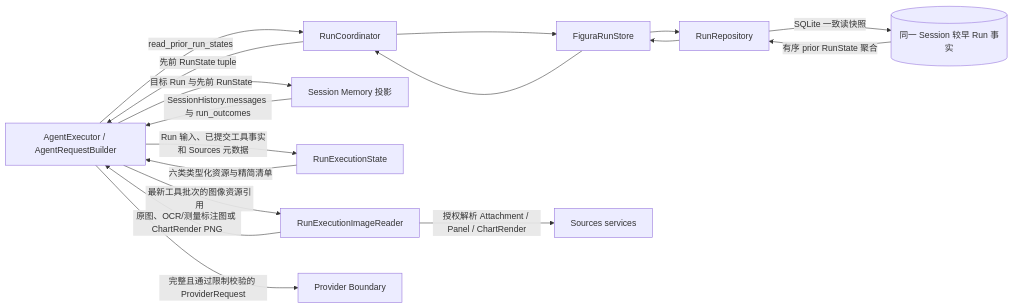
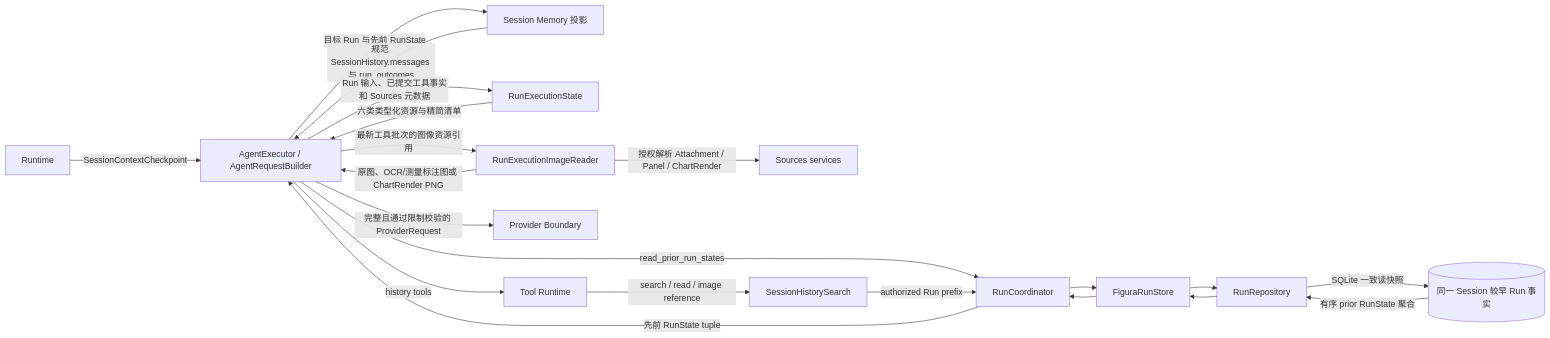
One commit to YeZibn/Figura changed the diagram in docs/figura/memory.md. Above: the diagram before and after it, drawn with Mermaid. The commit also changed other lines of this file and 48 other files, not shown here.

````diff
--- a/docs/figura/memory.md
+++ b/docs/figura/memory.md
@@ -13,17 +13,21 @@
 ```mermaid
 flowchart LR
     Agent[AgentExecutor / AgentRequestBuilder] -->|read_prior_run_states| Coordinator[RunCoordinator]
     Coordinator --> Store[FiguraRunStore]
     Store --> Repo[RunRepository]
     Repo -->|SQLite 一致读快照| Facts[(同一 Session 较早 Run 事实)]
     Facts -->|有序 prior RunState 聚合| Repo
     Repo --> Store --> Coordinator -->|先前 RunState tuple| Agent
     Agent -->|目标 Run 与先前 RunState| Memory[Session Memory 投影]
-    Memory -->|SessionHistory.messages 与 run_outcomes| Agent
+    Memory -->|规范 SessionHistory.messages 与 run_outcomes| Agent
+    Runtime -->|SessionContextCheckpoint| Agent
     Agent -->|Run 输入、已提交工具事实和 Sources 元数据| State[RunExecutionState]
     State -->|六类类型化资源与精简清单| Agent
     Agent -->|最新工具批次的图像资源引用| Reader[RunExecutionImageReader]
     Reader -->|授权解析 Attachment / Panel / ChartRender| Sources[Sources services]
     Reader -->|原图、OCR/测量标注图或 ChartRender PNG| Agent
     Agent -->|完整且通过限制校验的 ProviderRequest| Provider[Provider Boundary]
+    Agent -->|history tools| Tools[Tool Runtime]
+    Tools -->|search / read / image reference| Search[SessionHistorySearch]
+    Search -->|authorized Run prefix| Coordinator
 ```
````
